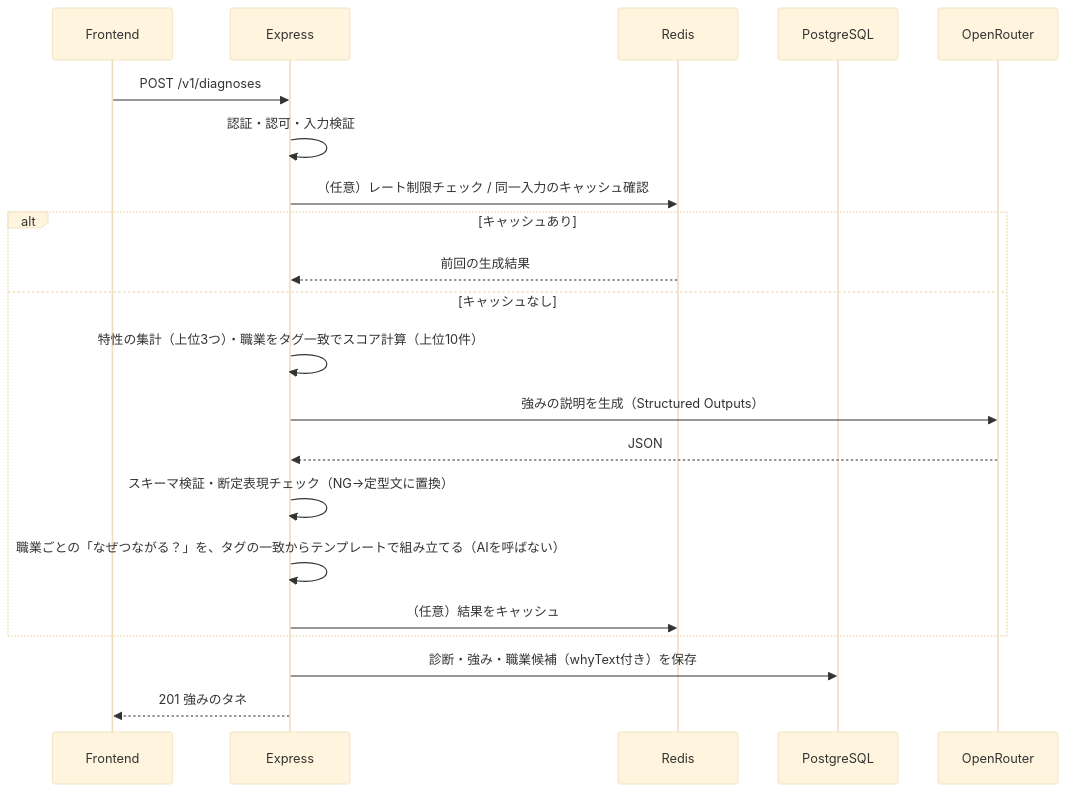
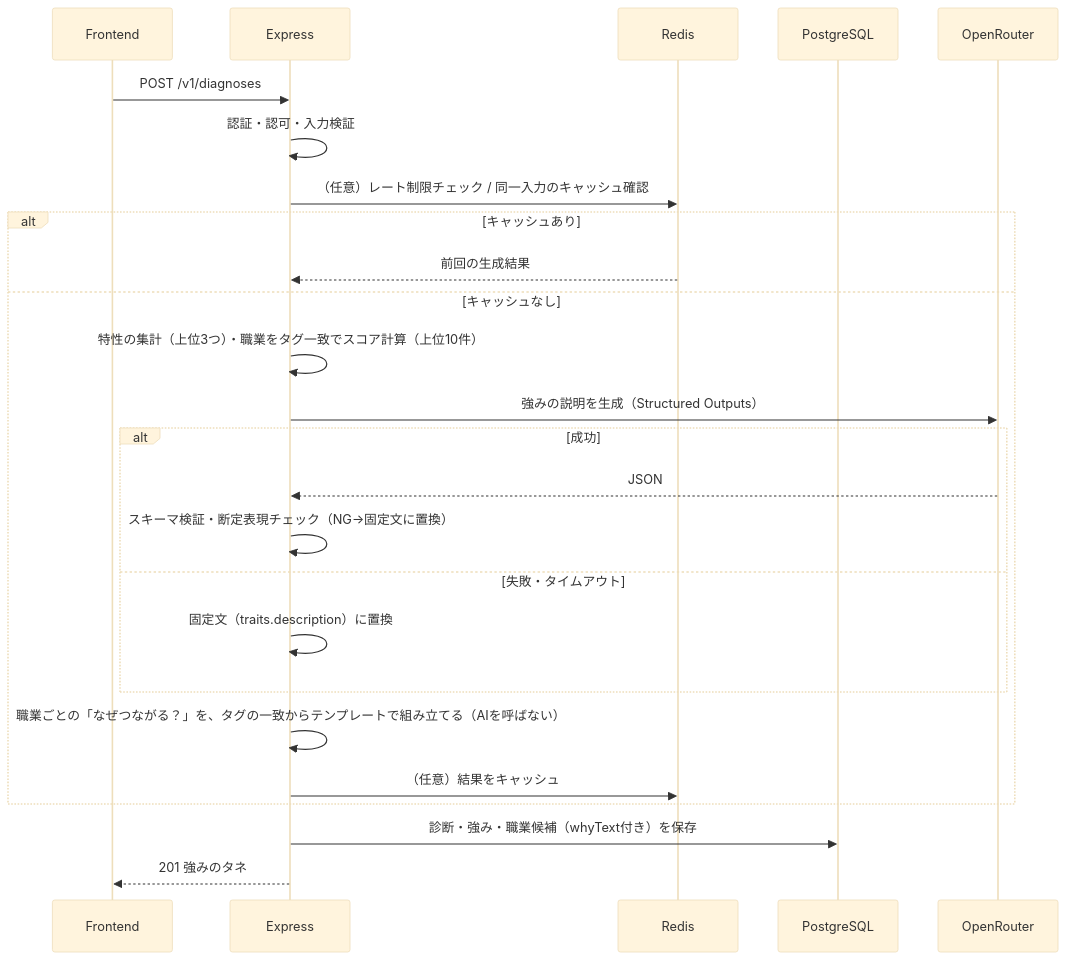
The diagram in docs/plan/API設計.md (AkikoFujikawa/shigoto-mikke), drawn with Mermaid (base theme) before and after one commit. The commit also changed other lines of this file and 4 other files, not shown here.

````diff
--- a/docs/plan/API設計.md
+++ b/docs/plan/API設計.md
@@ -202,23 +202,27 @@
 ```mermaid
 sequenceDiagram
   participant F as Frontend
   participant A as Express
   participant R as Redis
   participant D as PostgreSQL
   participant O as OpenRouter
   F->>A: POST /v1/diagnoses
   A->>A: 認証・認可・入力検証
   A->>R: （任意）レート制限チェック / 同一入力のキャッシュ確認
   alt キャッシュあり
     R-->>A: 前回の生成結果
   else キャッシュなし
     A->>A: 特性の集計（上位3つ）・職業をタグ一致でスコア計算（上位10件）
     A->>O: 強みの説明を生成（Structured Outputs）
-    O-->>A: JSON
-    A->>A: スキーマ検証・断定表現チェック（NG→定型文に置換）
+    alt 成功
+      O-->>A: JSON
+      A->>A: スキーマ検証・断定表現チェック（NG→固定文に置換）
+    else 失敗・タイムアウト
+      A->>A: 固定文（traits.description）に置換
+    end
     A->>A: 職業ごとの「なぜつながる？」を、タグの一致からテンプレートで組み立てる（AIを呼ばない）
     A->>R: （任意）結果をキャッシュ
   end
   A->>D: 診断・強み・職業候補（whyText付き）を保存
   A-->>F: 201 強みのタネ
 ```
````
